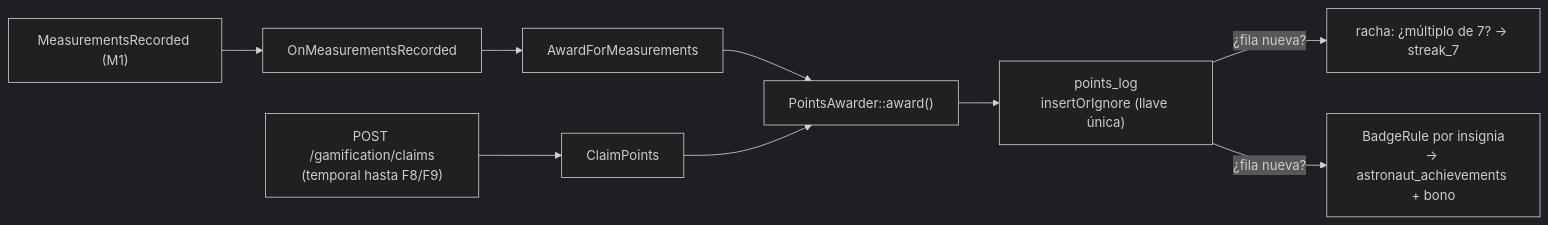
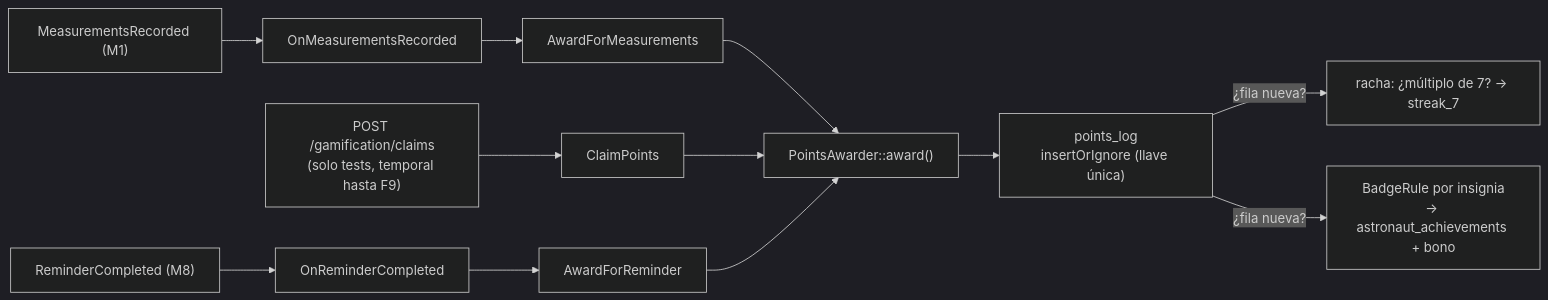
The diagram in astrohealth/docs/backend/M7-gamificacion/README.md (HACKATHON-NASA/ARTEMIS-III), drawn with Mermaid (dark theme) before and after one commit. The commit also changed other lines of this file and 53 other files, not shown here.

````diff
--- a/astrohealth/docs/backend/M7-gamificacion/README.md
+++ b/astrohealth/docs/backend/M7-gamificacion/README.md
@@ -15,9 +15,10 @@
 ```mermaid
 flowchart LR
     E1["MeasurementsRecorded (M1)"] --> L1["OnMeasurementsRecorded"] --> U1["AwardForMeasurements"]
-    C["POST /gamification/claims<br/>(temporal hasta F8/F9)"] --> U2["ClaimPoints"]
-    U1 & U2 --> A["PointsAwarder::award()"]
+    E2["ReminderCompleted (M8)"] --> L2["OnReminderCompleted"] --> U3["AwardForReminder"]
+    C["POST /gamification/claims<br/>(solo tests, temporal hasta F9)"] --> U2["ClaimPoints"]
+    U1 & U2 & U3 --> A["PointsAwarder::award()"]
     A --> P["points_log<br/>insertOrIgnore (llave única)"]
     P -- "¿fila nueva?" --> S["racha: ¿múltiplo de 7? → streak_7"]
     P -- "¿fila nueva?" --> B["BadgeRule por insignia<br/>→ astronaut_achievements + bono"]
 ```
````
